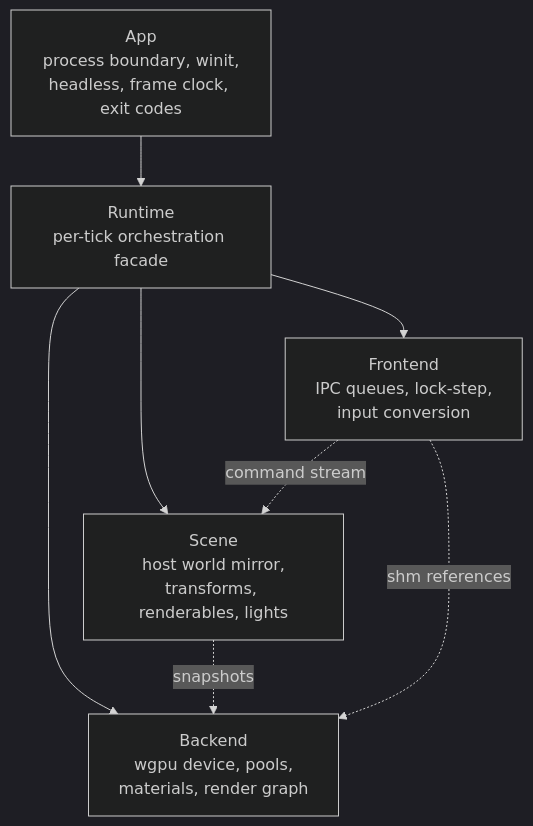
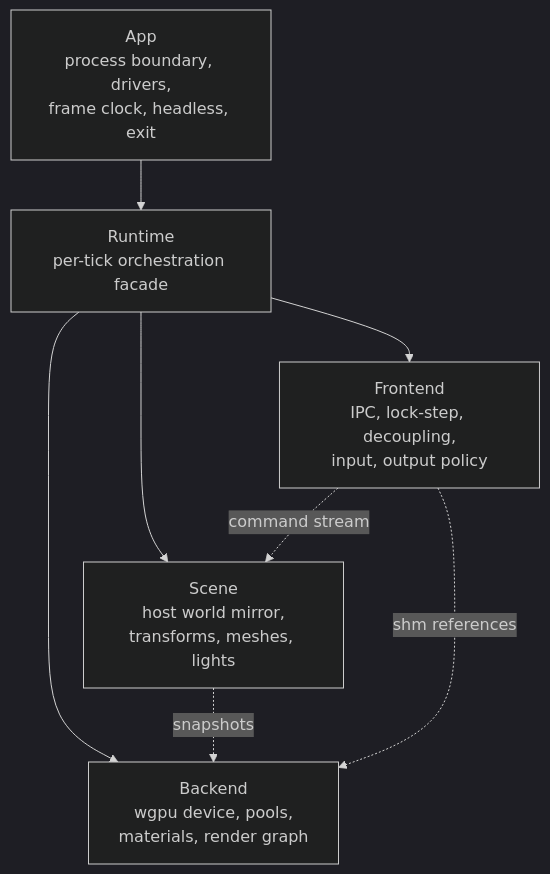
Before and after one commit to BlueAmulet/Renderide: the fifth of 10 diagrams in CONTRIBUTING.md, drawn with Mermaid (dark theme). The commit also changed other lines of this file, not shown here.

````diff
--- a/CONTRIBUTING.md
+++ b/CONTRIBUTING.md
@@ -379,16 +350,16 @@
 ```mermaid
 flowchart TB
-    App["App<br/>process boundary, winit,<br/>headless, frame clock, exit codes"]
-    Frontend["Frontend<br/>IPC queues, lock-step,<br/>input conversion"]
-    Scene["Scene<br/>host world mirror,<br/>transforms, renderables, lights"]
+    App["App<br/>process boundary, drivers,<br/>frame clock, headless, exit"]
+    Frontend["Frontend<br/>IPC, lock-step, decoupling,<br/>input, output policy"]
+    Scene["Scene<br/>host world mirror,<br/>transforms, meshes, lights"]
     Backend["Backend<br/>wgpu device, pools,<br/>materials, render graph"]
     Runtime["Runtime<br/>per-tick orchestration facade"]
 
     App --> Runtime
     Runtime --> Frontend
     Runtime --> Scene
     Runtime --> Backend
     Frontend -. command stream .-> Scene
     Scene -. snapshots .-> Backend
     Frontend -. shm references .-> Backend
 ```
````
